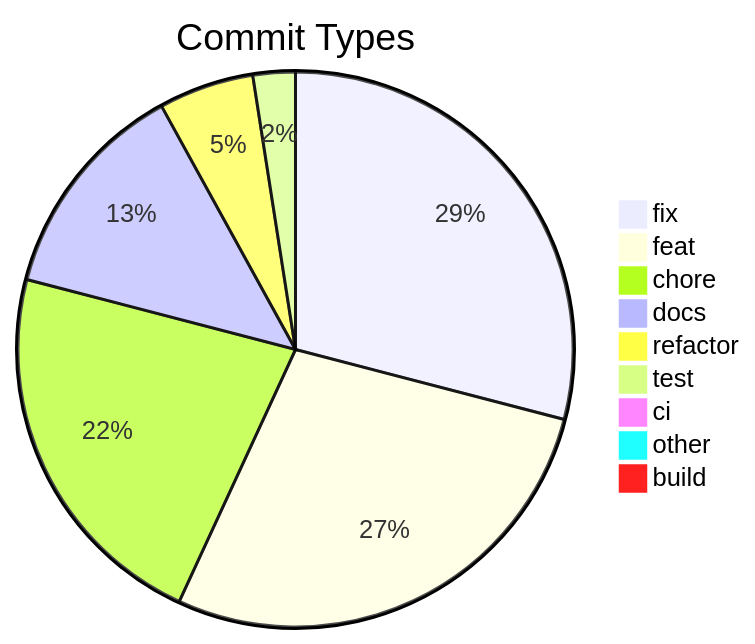
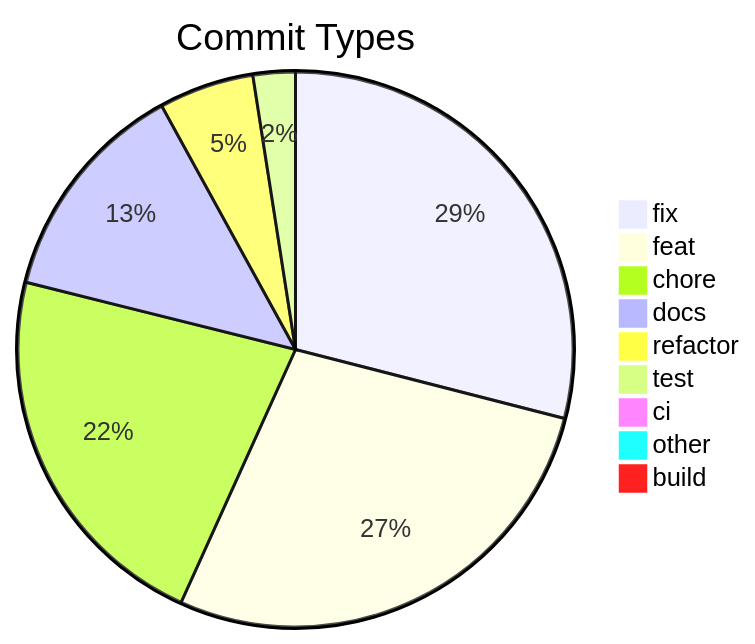
Before and after one commit to svenroth-ai/shipwright: the diagram in .shipwright/compliance/change-history.md, drawn with Mermaid. The commit also changed other lines of this file and 17 other files, not shown here.

````diff
--- a/.shipwright/compliance/change-history.md
+++ b/.shipwright/compliance/change-history.md
@@ -8,12 +8,12 @@
 ```mermaid
 pie title Commit Types
     "fix" : 283
     "feat" : 271
     "chore" : 216
-    "docs" : 126
+    "docs" : 128
     "refactor" : 54
     "test" : 24
     "ci" : 7
     "other" : 7
     "build" : 1
 ```
````
